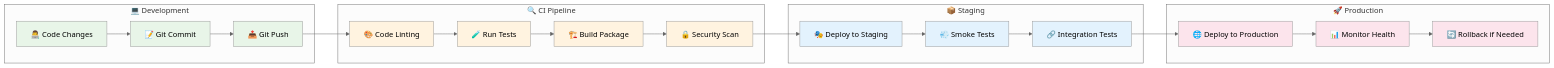
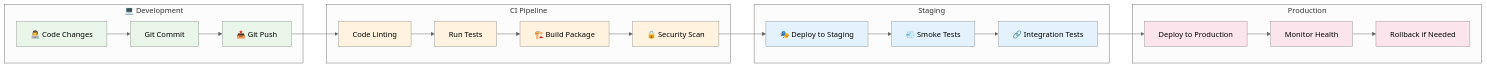
One commit to the-ingenious-dark-knight/Insight_Ingenious changed the eighth of 11 diagrams in docs/development/README.md. Above: the diagram before and after it, drawn with Mermaid (neutral theme). The commit also changed other lines of this file and 23 other files, not shown here.

````diff
--- a/docs/development/README.md
+++ b/docs/development/README.md
@@ -559,50 +559,50 @@
 ```mermaid
 flowchart LR
     subgraph "💻 Development"
         CODE[👨‍💻 Code Changes]
-        COMMIT[📝 Git Commit]
+        COMMIT[ Git Commit]
         PUSH[📤 Git Push]
     end
 
-    subgraph "🔍 CI Pipeline"
-        LINT[🎨 Code Linting]
-        TEST[🧪 Run Tests]
+    subgraph " CI Pipeline"
+        LINT[ Code Linting]
+        TEST[ Run Tests]
         BUILD[🏗️ Build Package]
         SECURITY[🔒 Security Scan]
     end
 
-    subgraph "📦 Staging"
+    subgraph " Staging"
         DEPLOY_STAGE[🎭 Deploy to Staging]
         SMOKE_TEST[💨 Smoke Tests]
         INTEGRATION_TEST[🔗 Integration Tests]
     end
 
-    subgraph "🚀 Production"
-        DEPLOY_PROD[🌐 Deploy to Production]
-        MONITOR[📊 Monitor Health]
-        ROLLBACK[🔄 Rollback if Needed]
+    subgraph " Production"
+        DEPLOY_PROD[ Deploy to Production]
+        MONITOR[ Monitor Health]
+        ROLLBACK[ Rollback if Needed]
     end
 
     CODE --> COMMIT
     COMMIT --> PUSH
     PUSH --> LINT
     LINT --> TEST
     TEST --> BUILD
     BUILD --> SECURITY
     SECURITY --> DEPLOY_STAGE
     DEPLOY_STAGE --> SMOKE_TEST
     SMOKE_TEST --> INTEGRATION_TEST
     INTEGRATION_TEST --> DEPLOY_PROD
     DEPLOY_PROD --> MONITOR
     MONITOR --> ROLLBACK
 
     classDef dev fill:#e8f5e8
     classDef ci fill:#fff3e0
     classDef staging fill:#e3f2fd
     classDef prod fill:#fce4ec
 
     class CODE,COMMIT,PUSH dev
     class LINT,TEST,BUILD,SECURITY ci
     class DEPLOY_STAGE,SMOKE_TEST,INTEGRATION_TEST staging
     class DEPLOY_PROD,MONITOR,ROLLBACK prod
 ```
````
